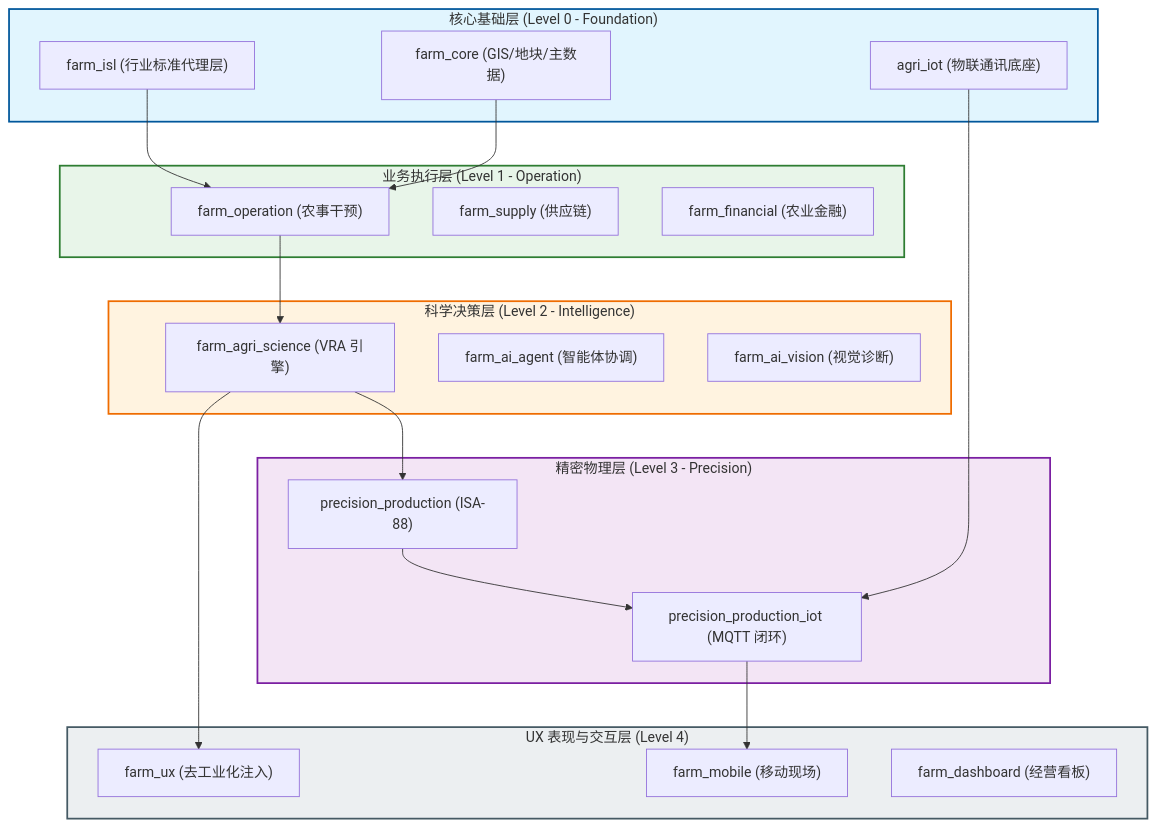
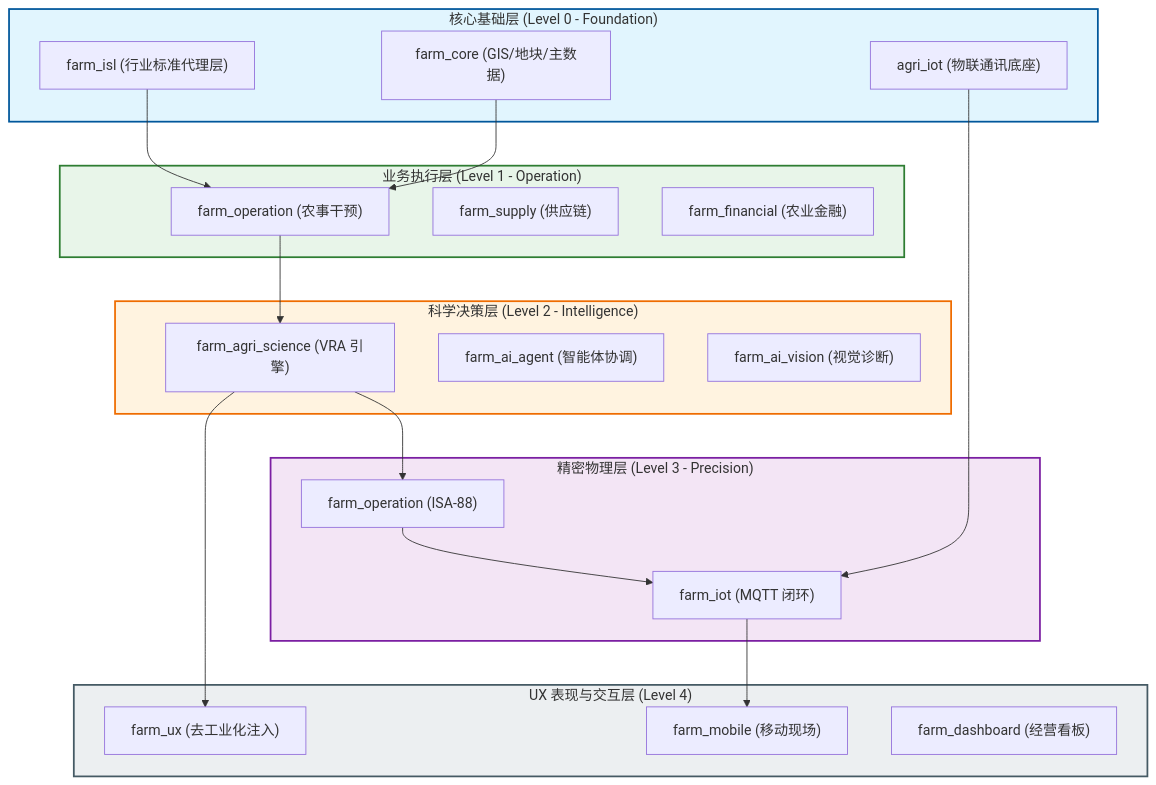
Before and after one commit to jeffery9/odoo-farm: the first of 2 diagrams in docs/technical/architecture/SYSTEM_FULL_LANDSCAPE.md, drawn with Mermaid. The commit also changed 23 other files, not shown here.

Commit message:
docs: align project documentation with agricultural ISL architecture and removed modules

````diff
--- a/docs/technical/architecture/SYSTEM_FULL_LANDSCAPE.md
+++ b/docs/technical/architecture/SYSTEM_FULL_LANDSCAPE.md
@@ -12,53 +12,53 @@
 ```mermaid
 flowchart TD
     classDef core fill:#e1f5fe,stroke:#01579b,stroke-width:2px;
     classDef biz fill:#e8f5e9,stroke:#2e7d32,stroke-width:2px;
     classDef sci fill:#fff3e0,stroke:#ef6c00,stroke-width:2px;
     classDef pre fill:#f3e5f5,stroke:#7b1fa2,stroke-width:2px;
     classDef ux fill:#eceff1,stroke:#455a64,stroke-width:2px;
 
     subgraph L4["UX 表现与交互层 (Level 4)"]
         UX["farm_ux (去工业化注入)"]
         Mobile["farm_mobile (移动现场)"]
         Dash["farm_dashboard (经营看板)"]
     end
 
     subgraph L3["精密物理层 (Level 3 - Precision)"]
-        PreProd["precision_production (ISA-88)"]
-        PreIoT["precision_production_iot (MQTT 闭环)"]
+        PreProd["farm_operation (ISA-88)"]
+        PreIoT["farm_iot (MQTT 闭环)"]
     end
 
     subgraph L2["科学决策层 (Level 2 - Intelligence)"]
         VRA["farm_agri_science (VRA 引擎)"]
         AI["farm_ai_agent (智能体协调)"]
         Vision["farm_ai_vision (视觉诊断)"]
     end
 
     subgraph L1["业务执行层 (Level 1 - Operation)"]
         Op["farm_operation (农事干预)"]
         Supply["farm_supply (供应链)"]
         Finance["farm_financial (农业金融)"]
     end
 
     subgraph L0["核心基础层 (Level 0 - Foundation)"]
         Core["farm_core (GIS/地块/主数据)"]
         ISL["farm_isl (行业标准代理层)"]
         IoT["agri_iot (物联通讯底座)"]
     end
 
     %% 依赖关系
     IoT --> PreIoT
     Core --> Op
     ISL --> Op
     Op --> VRA
     VRA --> PreProd
     PreProd --> PreIoT
     PreIoT --> Mobile
     VRA --> UX
 
     class L0 core;
     class L1 biz;
     class L2 sci;
     class L3 pre;
     class L4 ux;
 ```
````
